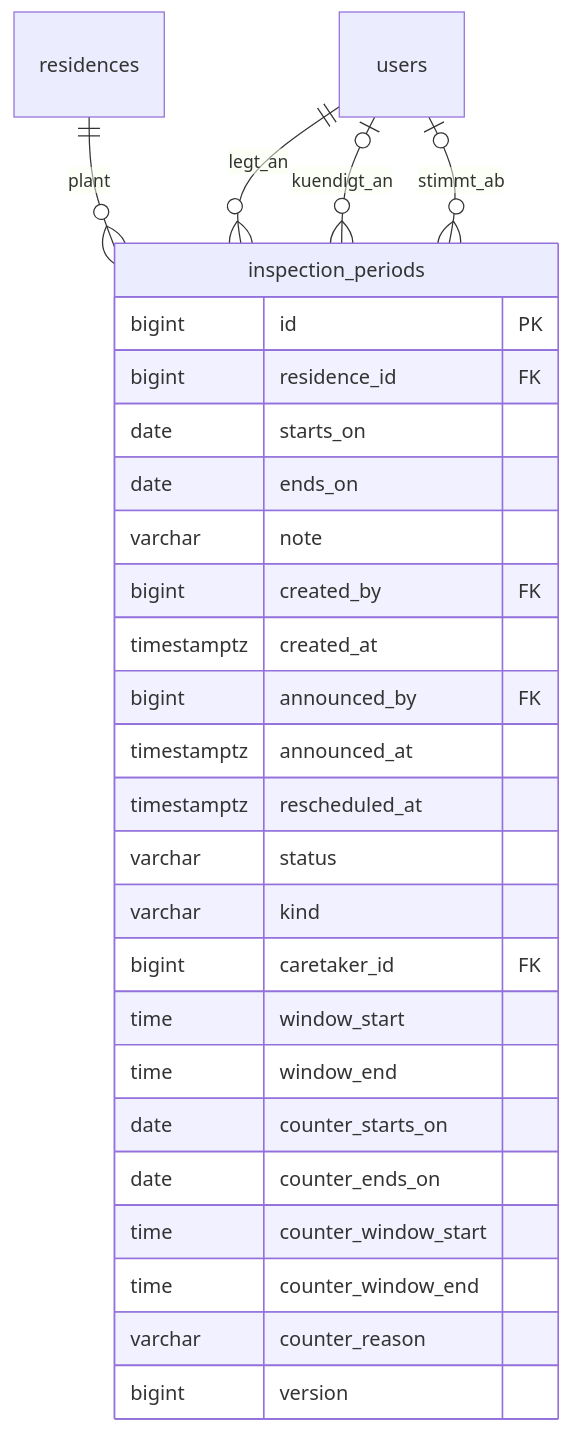
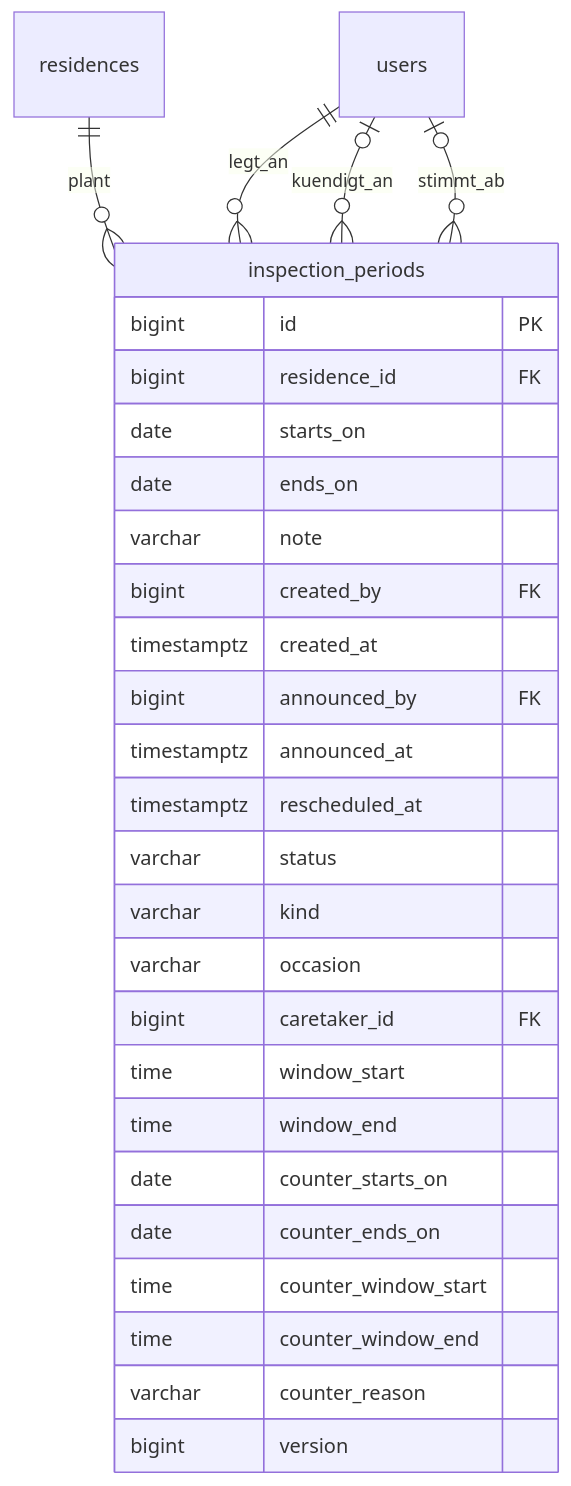
One commit to Sybit-Education/AUME2026 changed the fifth of 11 diagrams in docs/architektur/datenmodell.md. Above: the diagram before and after it, drawn with Mermaid. The commit also changed other lines of this file and 20 other files, not shown here.

````diff
--- a/docs/architektur/datenmodell.md
+++ b/docs/architektur/datenmodell.md
@@ -200,31 +200,32 @@
 ```mermaid
 erDiagram
     residences ||--o{ inspection_periods : plant
     users ||--o{ inspection_periods : legt_an
     users |o--o{ inspection_periods : kuendigt_an
     users |o--o{ inspection_periods : stimmt_ab
 
     inspection_periods {
         bigint id PK
         bigint residence_id FK
         date starts_on
         date ends_on
         varchar note
         bigint created_by FK
         timestamptz created_at
         bigint announced_by FK
         timestamptz announced_at
         timestamptz rescheduled_at
         varchar status
         varchar kind
+        varchar occasion
         bigint caretaker_id FK
         time window_start
         time window_end
         date counter_starts_on
         date counter_ends_on
         time counter_window_start
         time counter_window_end
         varchar counter_reason
         bigint version
     }
 ```
````
